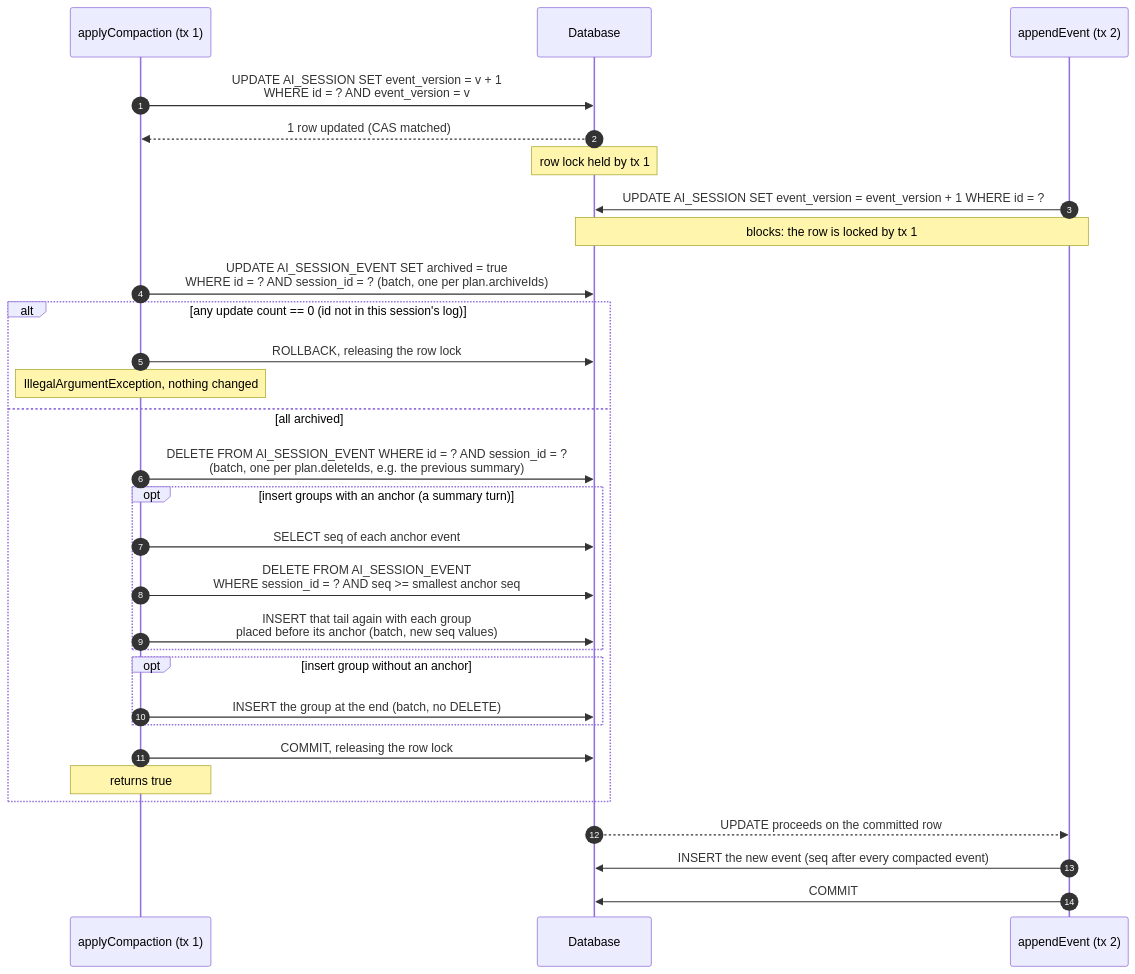
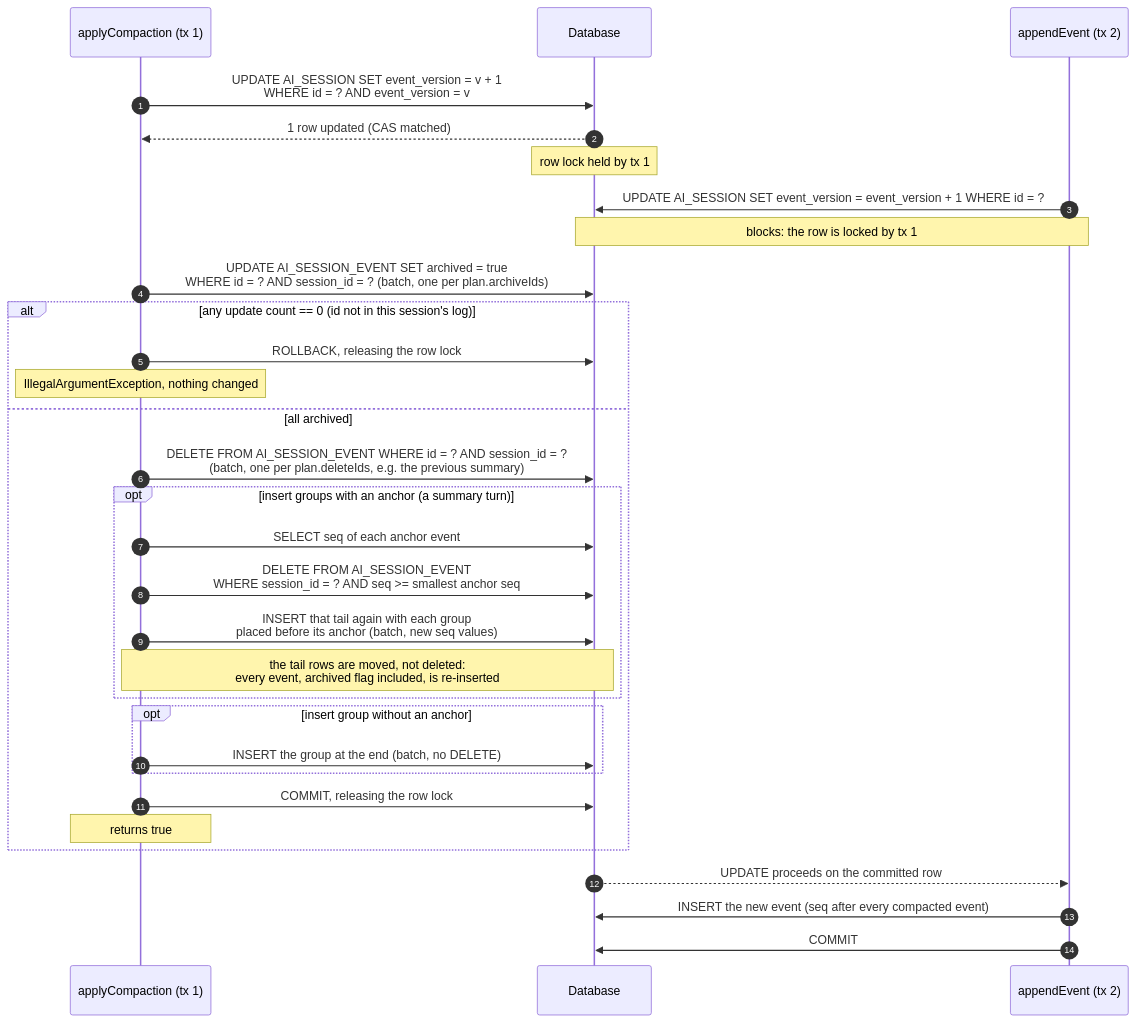
The seventh of 7 diagrams in docs/session-management/compaction-internals.md (spring-ai-community/spring-ai-session), drawn with Mermaid before and after one commit. The commit also changed other lines of this file, not shown here.

First line of the commit message:
Use archived vs deleted consistently on the Compaction Internals page

````diff
--- a/docs/session-management/compaction-internals.md
+++ b/docs/session-management/compaction-internals.md
@@ -368,33 +382,34 @@
 ```mermaid
 sequenceDiagram
     autonumber
     participant C as applyCompaction (tx 1)
     participant DB as Database
     participant A as appendEvent (tx 2)
 
     C->>DB: UPDATE AI_SESSION SET event_version = v + 1<br/>WHERE id = ? AND event_version = v
     DB-->>C: 1 row updated (CAS matched)
     Note over DB: row lock held by tx 1
     A->>DB: UPDATE AI_SESSION SET event_version = event_version + 1 WHERE id = ?
     Note over A,DB: blocks: the row is locked by tx 1
     C->>DB: UPDATE AI_SESSION_EVENT SET archived = true<br/>WHERE id = ? AND session_id = ? (batch, one per plan.archiveIds)
     alt any update count == 0 (id not in this session's log)
         C->>DB: ROLLBACK, releasing the row lock
         Note over C: IllegalArgumentException, nothing changed
     else all archived
         C->>DB: DELETE FROM AI_SESSION_EVENT WHERE id = ? AND session_id = ?<br/>(batch, one per plan.deleteIds, e.g. the previous summary)
         opt insert groups with an anchor (a summary turn)
             C->>DB: SELECT seq of each anchor event
             C->>DB: DELETE FROM AI_SESSION_EVENT<br/>WHERE session_id = ? AND seq >= smallest anchor seq
             C->>DB: INSERT that tail again with each group<br/>placed before its anchor (batch, new seq values)
+            Note over C,DB: the tail rows are moved, not deleted:<br/>every event, archived flag included, is re-inserted
         end
         opt insert group without an anchor
             C->>DB: INSERT the group at the end (batch, no DELETE)
         end
         C->>DB: COMMIT, releasing the row lock
         Note over C: returns true
     end
     DB-->>A: UPDATE proceeds on the committed row
     A->>DB: INSERT the new event (seq after every compacted event)
     A->>DB: COMMIT
 ```
````
